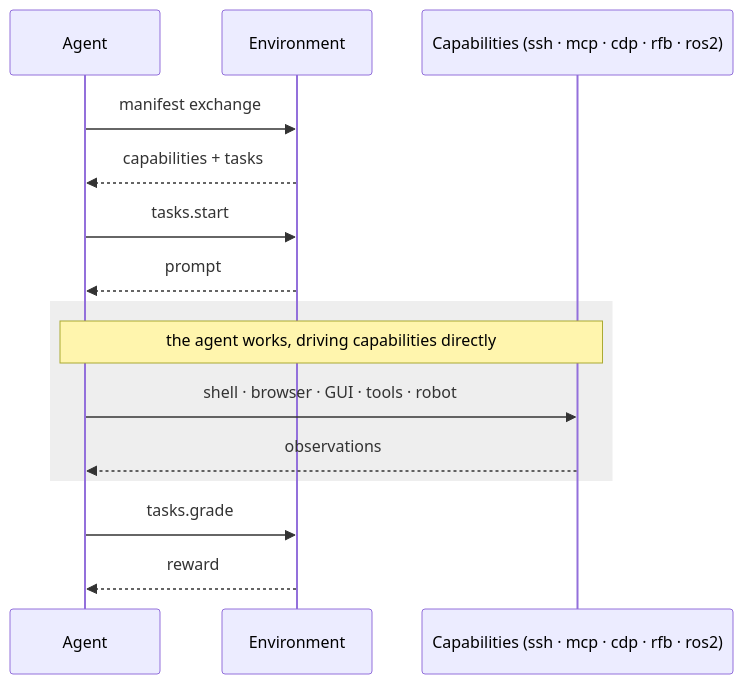
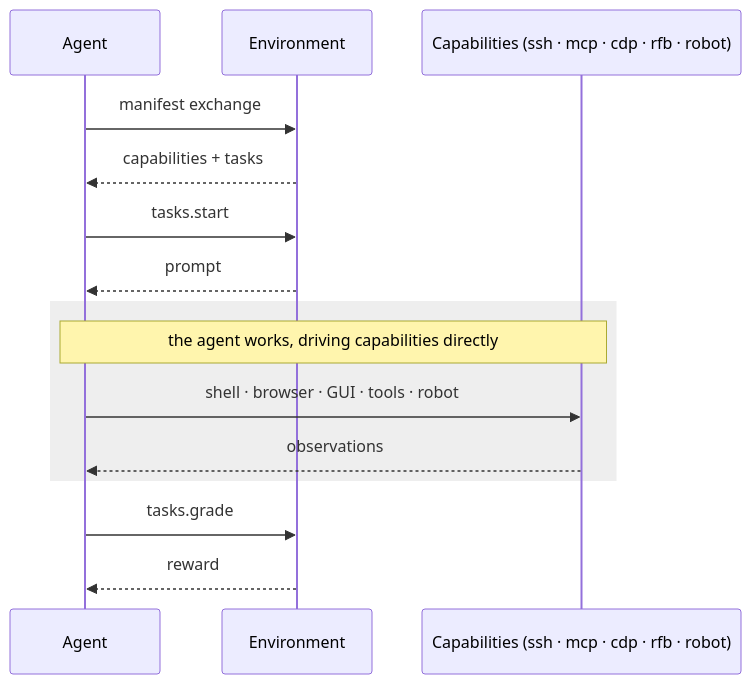
One commit to hud-evals/hud-python changed the diagram in docs/v6/index.mdx. Above: the diagram before and after it, drawn with Mermaid. The commit also changed other lines of this file and 12 other files, not shown here.

````diff
--- a/docs/v6/index.mdx
+++ b/docs/v6/index.mdx
@@ -21,17 +21,17 @@
 ```mermaid
 sequenceDiagram
     participant Agent
     participant Env as Environment
-    participant Caps as Capabilities (ssh · mcp · cdp · rfb · ros2)
+    participant Caps as Capabilities (ssh · mcp · cdp · rfb · robot)
     Agent->>Env: manifest exchange
     Env-->>Agent: capabilities + tasks
     Agent->>Env: tasks.start
     Env-->>Agent: prompt
     rect rgb(238,238,238)
     Note over Agent,Caps: the agent works, driving capabilities directly
     Agent->>Caps: shell · browser · GUI · tools · robot
     Caps-->>Agent: observations
     end
     Agent->>Env: tasks.grade
     Env-->>Agent: reward
 ```
````
